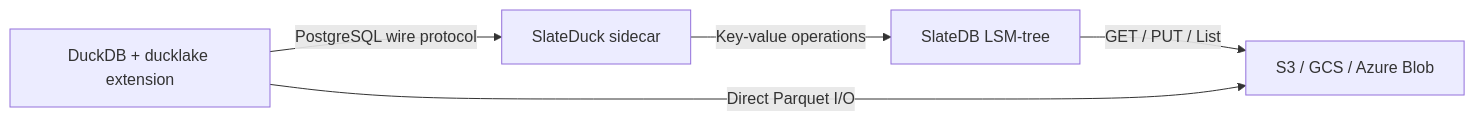
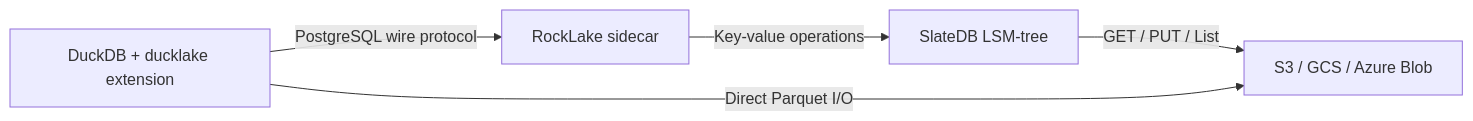
The diagram in docs/index.md (trickle-labs/rocklake), drawn with Mermaid before and after one commit. The commit also changed other lines of this file and 398 other files, not shown here.

First line of the commit message:
rename: SlateDuck -> RockLake across entire codebase (#48)

````diff
--- a/docs/index.md
+++ b/docs/index.md
@@ -52,7 +52,7 @@
 ```mermaid
 graph LR
-    DDB[DuckDB + ducklake extension] -->|PostgreSQL wire protocol| SD[SlateDuck sidecar]
+    DDB[DuckDB + ducklake extension] -->|PostgreSQL wire protocol| SD[RockLake sidecar]
     SD -->|Key-value operations| SDB[SlateDB LSM-tree]
     SDB -->|GET / PUT / List| OBJ[S3 / GCS / Azure Blob]
     DDB -->|Direct Parquet I/O| OBJ
 ```
````
